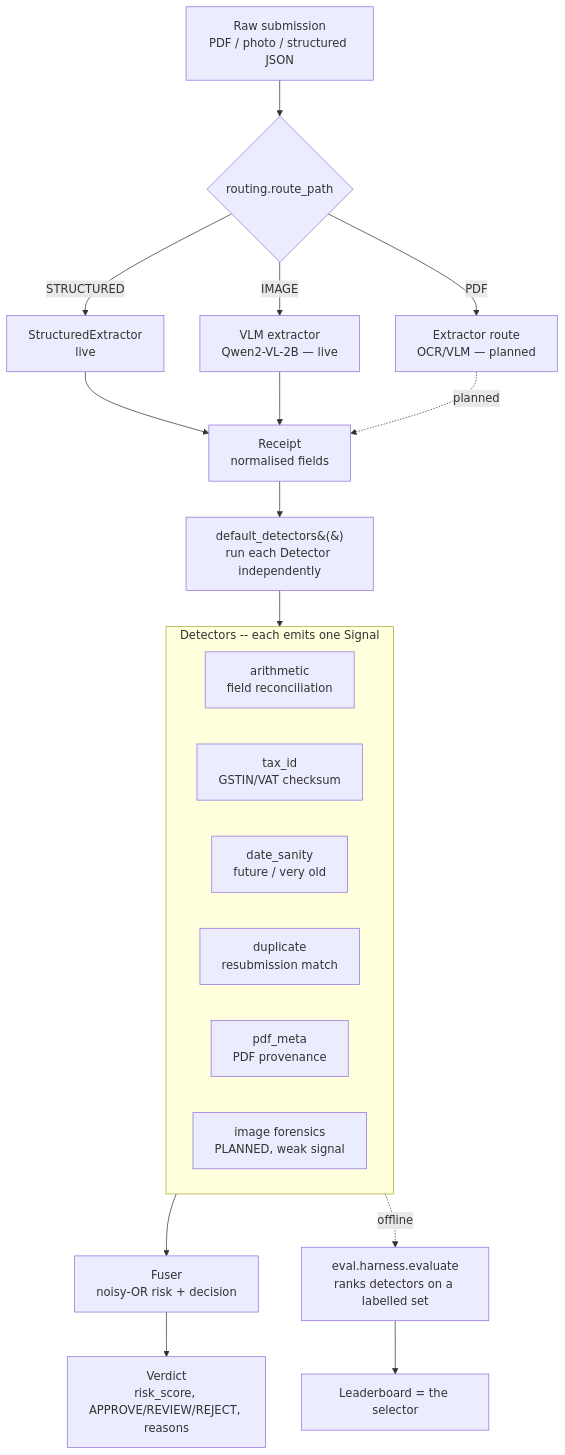
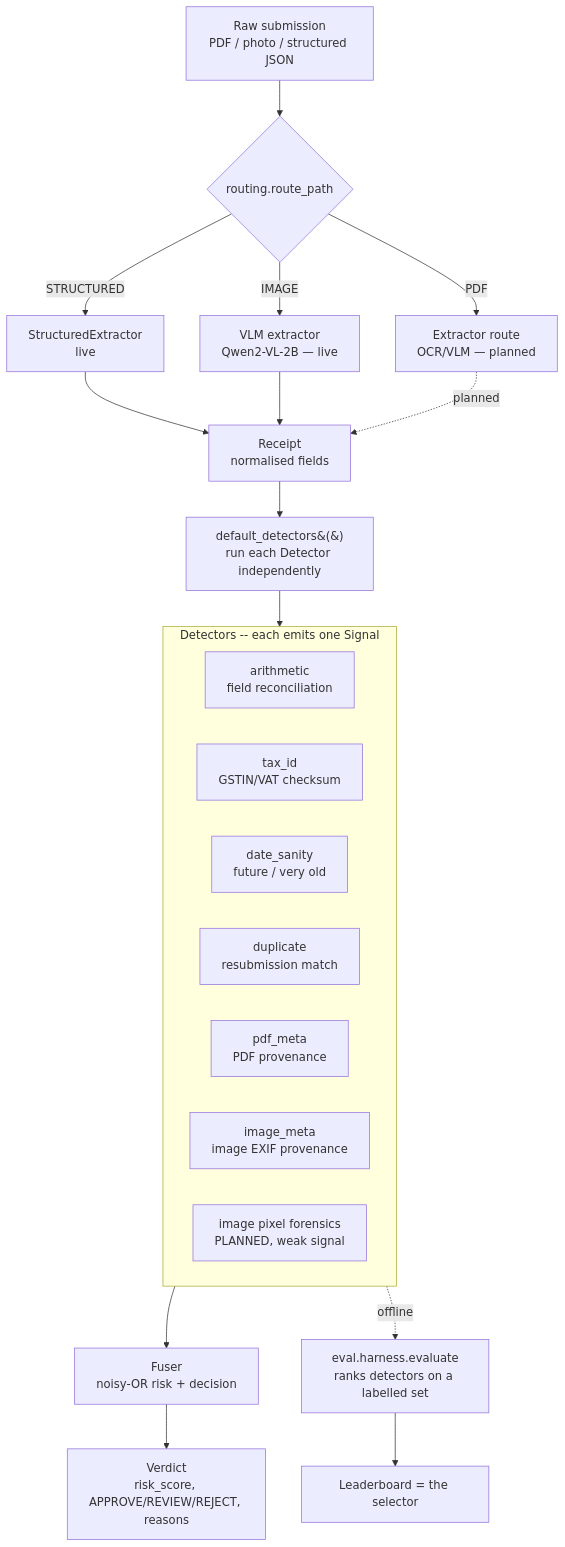
One commit to Akshat-Dhiraaj/reimbursement changed the diagram in ARCHITECTURE.md. Above: the diagram before and after it, drawn with Mermaid. The commit also changed other lines of this file and 22 other files, not shown here.

````diff
--- a/ARCHITECTURE.md
+++ b/ARCHITECTURE.md
@@ -12,28 +12,29 @@
 ```mermaid
 flowchart TD
     A[Raw submission<br/>PDF / photo / structured JSON] --> R{routing.route_path}
     R -->|PDF| XP[Extractor route<br/>OCR/VLM — planned]
     R -->|IMAGE| XV[VLM extractor<br/>Qwen2-VL-2B — live]
     R -->|STRUCTURED| SE[StructuredExtractor<br/>live]
     SE --> RC[Receipt<br/>normalised fields]
     XV --> RC
     XP -.planned.-> RC
 
     RC --> D[default_detectors&#40;&#41;<br/>run each Detector independently]
 
     subgraph DET[Detectors -- each emits one Signal]
       D1[arithmetic<br/>field reconciliation]
       D2[tax_id<br/>GSTIN/VAT checksum]
       D3[date_sanity<br/>future / very old]
       D4[duplicate<br/>resubmission match]
       D5[pdf_meta<br/>PDF provenance]
-      D6[image forensics<br/>PLANNED, weak signal]
+      D6[image_meta<br/>image EXIF provenance]
+      D7[image pixel forensics<br/>PLANNED, weak signal]
     end
     D --> DET
 
     DET --> F[Fuser<br/>noisy-OR risk + decision]
     F --> V[Verdict<br/>risk_score, APPROVE/REVIEW/REJECT, reasons]
 
     DET -. offline .-> H[eval.harness.evaluate<br/>ranks detectors on a labelled set]
     H --> SEL[Leaderboard = the selector]
 ```
````
